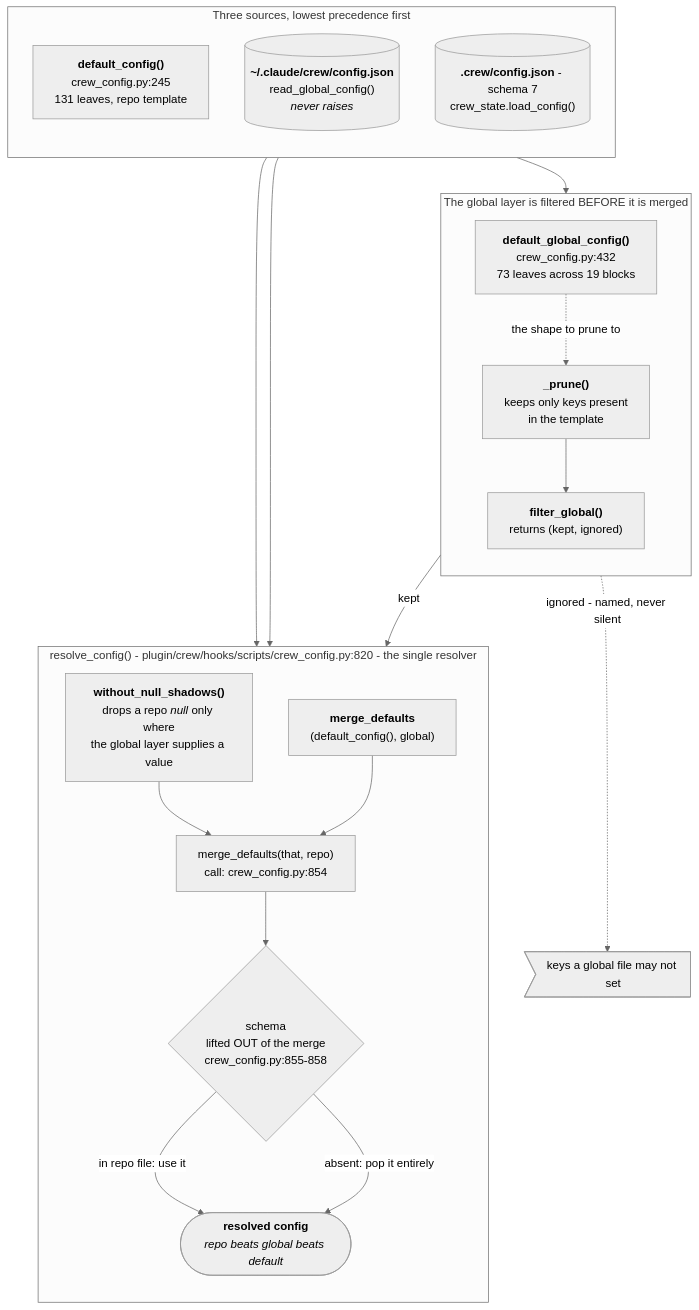
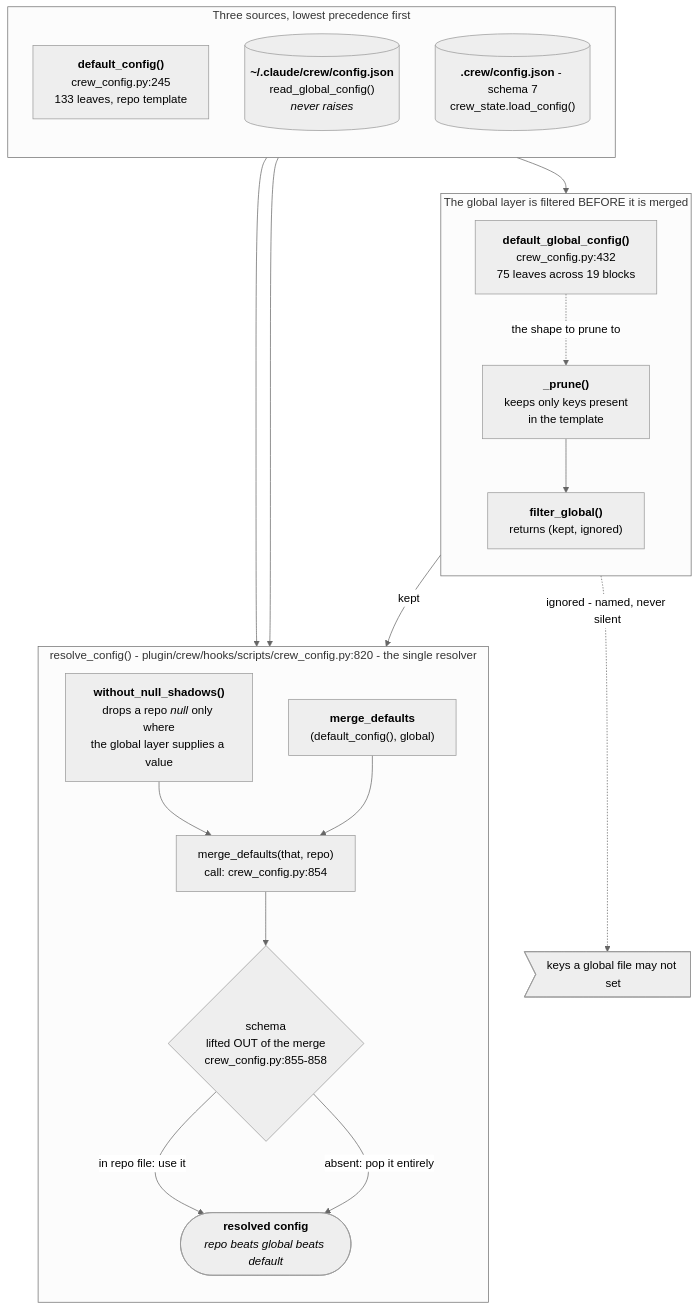
The diagram in docs/diagrams/data-flow-crew-config-read.mmd (mbadali25/useful-claude-add-ons), drawn with Mermaid (neutral theme) before and after one commit. The commit also changed 9 other files, not shown here.

First line of the commit message:
T-0066: counts re-measured on the merged tree (133 / 75 / 58), crew_config and crew_state cites re-pointed, since-claims to 1.0.333

```diff
--- a/docs/diagrams/data-flow-crew-config-read.mmd
+++ b/docs/diagrams/data-flow-crew-config-read.mmd
@@ -1,71 +1,72 @@
 %% Generated from useful-claude-add-ons@452b30cc on 2026-10-02. Verify before trusting.
 %% Anchors: plugin/crew/hooks/scripts/crew_config.py, plugin/crew/hooks/scripts/crew_state.py, plugin/crew/hooks/scripts/crew_guards.py
 %% Purpose: The read side: the three config sources (built-in defaults, the machine file, the repo file), how the machine layer is pruned to its template before merging, and how resolve_config() merges them.
 %% Split from data-flow-crew-config.mmd (the overview); edges to other parts are drawn there.
-%% Re-drawn for T-0066 (crew 1.0.330, merging origin/main c9263465): crew_config.py gains a `git` block (forbiddenTrailers,
-%%    default []) in both default functions. Counts re-executed: 131 / 73 / 58, 19 global blocks. DEF and TMPL updated.
-%%    Every crew_config.py and crew_state.py line cite re-pointed with grep -n on T-0066's branch (crew_guards and
-%%    crew_upgrade cites unchanged).
-%% Note DEF: default_config() plugin/crew/hooks/scripts/crew_config.py:245 <b>131 leaves</b> (executed, this
-%%    pass) composed from crew_state's PM_DEFAULTS :1140, QA_DEFAULTS :1192, DEV_DEFAULTS :1202,
-%%    WORKTREE_DEFAULTS :1230, CONTEXT_DEFAULTS :765, RESUME_DEFAULTS :728, AUTOPILOT_DEFAULTS :1129 -
+%% Re-drawn for T-0066 (crew 1.0.333, merging origin/main edb2b8ff): crew_config.py gains a `git` block (forbiddenTrailers,
+%%    default []) in both default functions. Counts re-executed: 133 / 75 / 58 (T-0013's two resume keys on main
+%%    made it 132 / 74 / 58), 19 global blocks. DEF and TMPL updated. Every crew_config.py and crew_state.py line
+%%    cite re-pointed with grep -n on the merged tree (main's RESUME_DEFAULTS comment moved crew_state below :728
+%%    by 5; crew_guards and crew_upgrade cites unchanged).
+%% Note DEF: default_config() plugin/crew/hooks/scripts/crew_config.py:245 <b>133 leaves</b> (executed, this
+%%    pass) composed from crew_state's PM_DEFAULTS :1145, QA_DEFAULTS :1197, DEV_DEFAULTS :1207,
+%%    WORKTREE_DEFAULTS :1235, CONTEXT_DEFAULTS :770, RESUME_DEFAULTS :733, AUTOPILOT_DEFAULTS :1134 -
 %%    repo-only (re-exported from crew_guards: INSTALL_DEFAULTS :48, GUARD_DEFAULTS :198, PRODUCTION_DEFAULTS
 %%    :222, CLOUD_DEFAULTS :239 - repo-only, ENVIRONMENTS_DEFAULTS :251 - nonProd repo-only), and
 %%    crew_upgrade's GRAPH_BLOCK :48 / DOCS_BLOCK :107 / BITBUCKET_BLOCK :150 / GITHUB_BLOCK :173 /
 %%    CHANGE_BLOCK :203
 %% Note GLB: ~/.claude/crew/config.json read_global_config() plugin/crew/hooks/scripts/crew_config.py:767
 %%    <i>never raises</i> - absent, malformed or non-object all return {}, because this is reached from a
 %%    SessionStart hook
 %% Note REPO: .crew/config.json - schema 7 crew_state.load_config()
 %%    plugin/crew/hooks/scripts/crew_state.py:267 NOT the same file crew_context.py reads first - see the
 %%    TwoFiles section below
-%% Note TMPL: default_global_config() plugin/crew/hooks/scripts/crew_config.py:432 <b>73 leaves</b> (executed,
+%% Note TMPL: default_global_config() plugin/crew/hooks/scripts/crew_config.py:432 <b>75 leaves</b> (executed,
 %%    this pass) across <b>19 blocks</b>: qa, dev, worktree, secondOpinion, memory (2 of 5 repo leaves),
 %%    notify, pm, context.autoClear (8 of 9 - unsafeFocus is excluded, see AutoClear below), resume, docs,
 %%    bitbucket, github, install, guards (all TEN names), environments (prodUnattended only), change, git, route,
 %%    shellRoute - the single definition both rules below are enforced against
 %% Note PRUNE: _prune() plugin/crew/hooks/scripts/crew_config.py:699 keeps only keys present in the template.
 %%    Descends structurally, so naming a block grants only the leaves under it.
 %% Note FILT: filter_global() plugin/crew/hooks/scripts/crew_config.py:725 returns (kept, ignored)
 %% Note NULLS: without_null_shadows() plugin/crew/hooks/scripts/crew_config.py:676 drops a repo <i>null</i>
 %%    ONLY where the global layer supplies a real value.
-%% Note M1: merge_defaults(default_config(), global) call: crew_config.py:853 def: plugin/crew/hooks/scripts/crew_state.py:1380
+%% Note M1: merge_defaults(default_config(), global) call: crew_config.py:853 def: plugin/crew/hooks/scripts/crew_state.py:1385
 %% Note OUT: resolved config <i>repo beats global beats default</i> this is ONLY .crew/config.json's
 %%    precedence - autoClear's own read path bypasses it, below
 flowchart TB
 
     subgraph Sources["Three sources, lowest precedence first"]
         direction TB
-        DEF["<b>default_config()</b><br/>crew_config.py:245<br/>131 leaves, repo template"]
+        DEF["<b>default_config()</b><br/>crew_config.py:245<br/>133 leaves, repo template"]
         GLB[("<b>~/.claude/crew/config.json</b><br/>read_global_config()<br/><i>never raises</i>")]
         REPO[("<b>.crew/config.json</b> - schema 7<br/>crew_state.load_config()")]
     end
 
     subgraph Gate["The global layer is filtered BEFORE it is merged"]
         direction TB
-        TMPL["<b>default_global_config()</b><br/>crew_config.py:432<br/>73 leaves across 19 blocks"]
+        TMPL["<b>default_global_config()</b><br/>crew_config.py:432<br/>75 leaves across 19 blocks"]
         PRUNE["<b>_prune()</b><br/>keeps only keys present<br/>in the template"]
         FILT["<b>filter_global()</b><br/>returns (kept, ignored)"]
     end
 
     subgraph Merge["resolve_config() - plugin/crew/hooks/scripts/crew_config.py:820 - the single resolver"]
         direction TB
         NULLS["<b>without_null_shadows()</b><br/>drops a repo <i>null</i> only where<br/>the global layer supplies a value"]
         M1["<b>merge_defaults</b><br/>(default_config(), global)"]
         M2["merge_defaults(that, repo)<br/>call: crew_config.py:854"]
         SCHEMA{"schema<br/>lifted OUT of the merge<br/>crew_config.py:855-858"}
         OUT(["<b>resolved config</b><br/><i>repo beats global beats default</i>"])
     end
 
     DEF --> M1
     GLB --> FILT
     TMPL -.->|"the shape to prune to"| PRUNE
     PRUNE --> FILT
     FILT -->|kept| M1
     FILT -.->|"ignored - named, never silent"| IGN>"keys a global file may not set"]
     REPO --> NULLS
     NULLS --> M2
     M1 --> M2
     M2 --> SCHEMA
     SCHEMA -->|"in repo file: use it"| OUT
     SCHEMA -->|"absent: pop it entirely"| OUT
```
